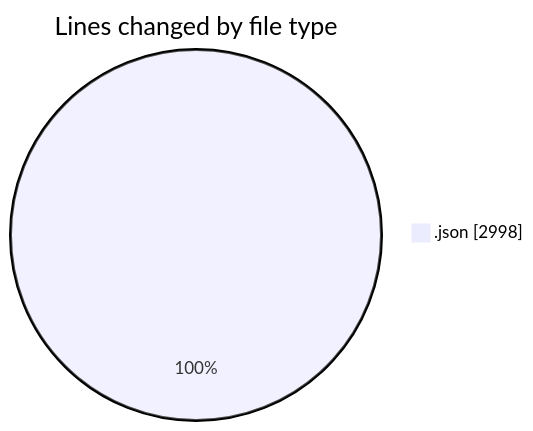
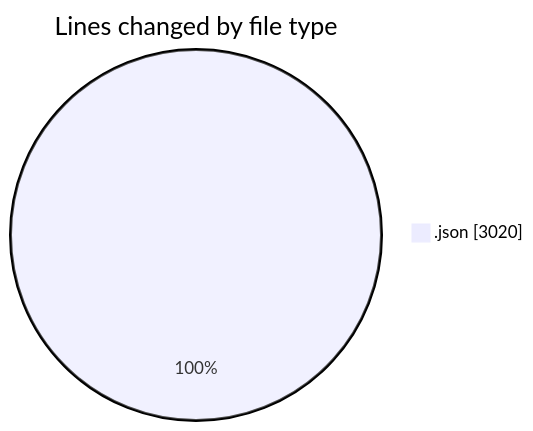
Before and after one commit to EIIisD/code-tracking: the first of 2 diagrams in 2025-08-06/_claude/README.md, drawn with Mermaid. The commit also changed other lines of this file and 1 other file, not shown here.

````diff
--- a/2025-08-06/_claude/README.md
+++ b/2025-08-06/_claude/README.md
@@ -21,5 +21,5 @@
 ```mermaid
 pie showData
 title Lines changed by file type
-".json" : 2998
+".json" : 3020
 ```
````
